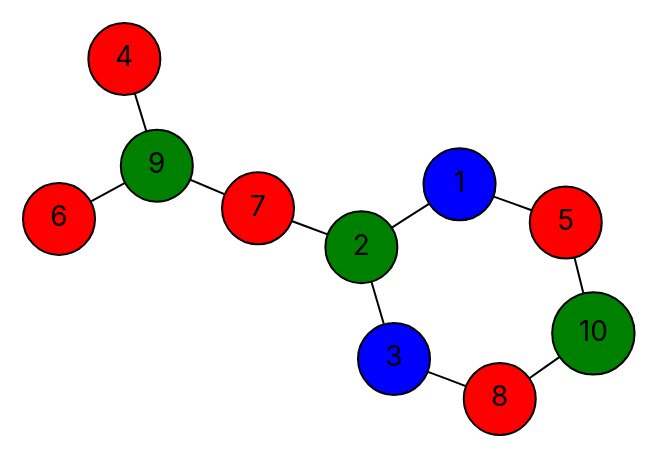
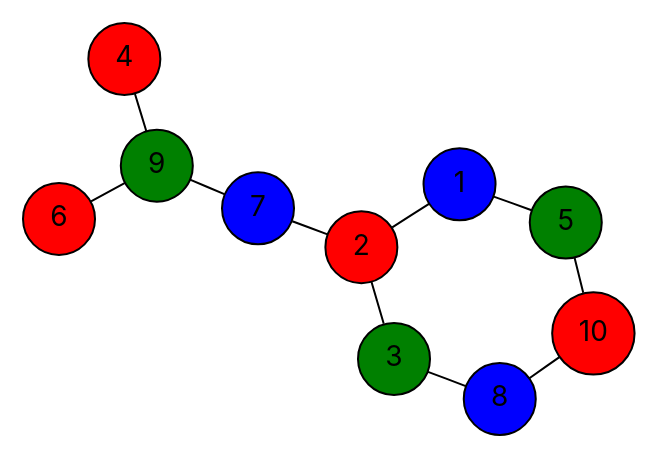
Before and after one commit to vercah/vertex-coloring: the diagram in data/final-dots/ex-01-parallel.dot, drawn with Graphviz. The commit also changed 113 other files, not shown here.

```diff
--- a/data/final-dots/ex-01-parallel.dot
+++ b/data/final-dots/ex-01-parallel.dot
@@ -1,26 +1,26 @@
 graph G {
   layout=neato;
   overlap=false;
   splines=true;
   node [shape=circle, style=filled, fontname=Inter];
   1 [label="1", fillcolor="blue", tooltip="v1 color 2"];
-  2 [label="2", fillcolor="green", tooltip="v2 color 1"];
-  3 [label="3", fillcolor="blue", tooltip="v3 color 2"];
+  2 [label="2", fillcolor="red", tooltip="v2 color 0"];
+  3 [label="3", fillcolor="green", tooltip="v3 color 1"];
   4 [label="4", fillcolor="red", tooltip="v4 color 0"];
-  5 [label="5", fillcolor="red", tooltip="v5 color 0"];
+  5 [label="5", fillcolor="green", tooltip="v5 color 1"];
   6 [label="6", fillcolor="red", tooltip="v6 color 0"];
-  7 [label="7", fillcolor="red", tooltip="v7 color 0"];
-  8 [label="8", fillcolor="red", tooltip="v8 color 0"];
+  7 [label="7", fillcolor="blue", tooltip="v7 color 2"];
+  8 [label="8", fillcolor="blue", tooltip="v8 color 2"];
   9 [label="9", fillcolor="green", tooltip="v9 color 1"];
-  10 [label="10", fillcolor="green", tooltip="v10 color 1"];
+  10 [label="10", fillcolor="red", tooltip="v10 color 0"];
   1 -- 2;
   1 -- 5;
   2 -- 3;
   2 -- 7;
   3 -- 8;
   4 -- 9;
   5 -- 10;
   6 -- 9;
   7 -- 9;
   8 -- 10;
 }
```
